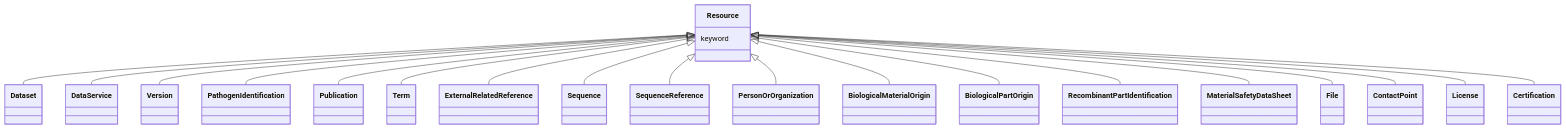
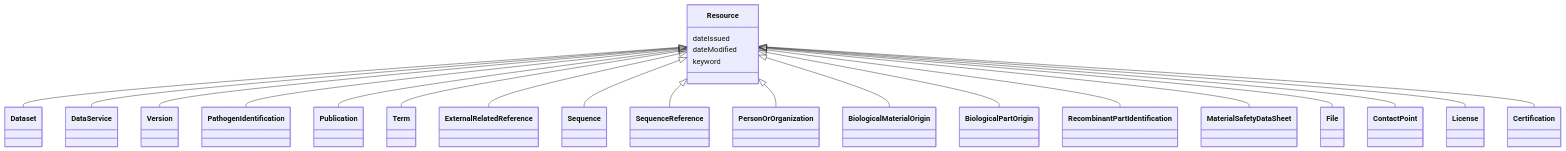
Before and after one commit to EVORA-project/evora-ontology: the diagram in models/docs/Resource.md, drawn with Mermaid. The commit also changed other lines of this file and 377 other files, not shown here.

````diff
--- a/models/docs/Resource.md
+++ b/models/docs/Resource.md
@@ -21,45 +21,49 @@
 ```mermaid
  classDiagram
     class Resource
     click Resource href "../Resource"
       Resource <|-- Dataset
         click Dataset href "../Dataset"
       Resource <|-- DataService
         click DataService href "../DataService"
       Resource <|-- Version
         click Version href "../Version"
       Resource <|-- PathogenIdentification
         click PathogenIdentification href "../PathogenIdentification"
       Resource <|-- Publication
         click Publication href "../Publication"
       Resource <|-- Term
         click Term href "../Term"
       Resource <|-- ExternalRelatedReference
         click ExternalRelatedReference href "../ExternalRelatedReference"
       Resource <|-- Sequence
         click Sequence href "../Sequence"
       Resource <|-- SequenceReference
         click SequenceReference href "../SequenceReference"
       Resource <|-- PersonOrOrganization
         click PersonOrOrganization href "../PersonOrOrganization"
       Resource <|-- BiologicalMaterialOrigin
         click BiologicalMaterialOrigin href "../BiologicalMaterialOrigin"
       Resource <|-- BiologicalPartOrigin
         click BiologicalPartOrigin href "../BiologicalPartOrigin"
       Resource <|-- RecombinantPartIdentification
         click RecombinantPartIdentification href "../RecombinantPartIdentification"
       Resource <|-- MaterialSafetyDataSheet
         click MaterialSafetyDataSheet href "../MaterialSafetyDataSheet"
       Resource <|-- File
         click File href "../File"
       Resource <|-- ContactPoint
         click ContactPoint href "../ContactPoint"
       Resource <|-- License
         click License href "../License"
       Resource <|-- Certification
         click Certification href "../Certification"
       
+      Resource : dateIssued
+        
+      Resource : dateModified
+        
       Resource : keyword
         
       
 ```
````
